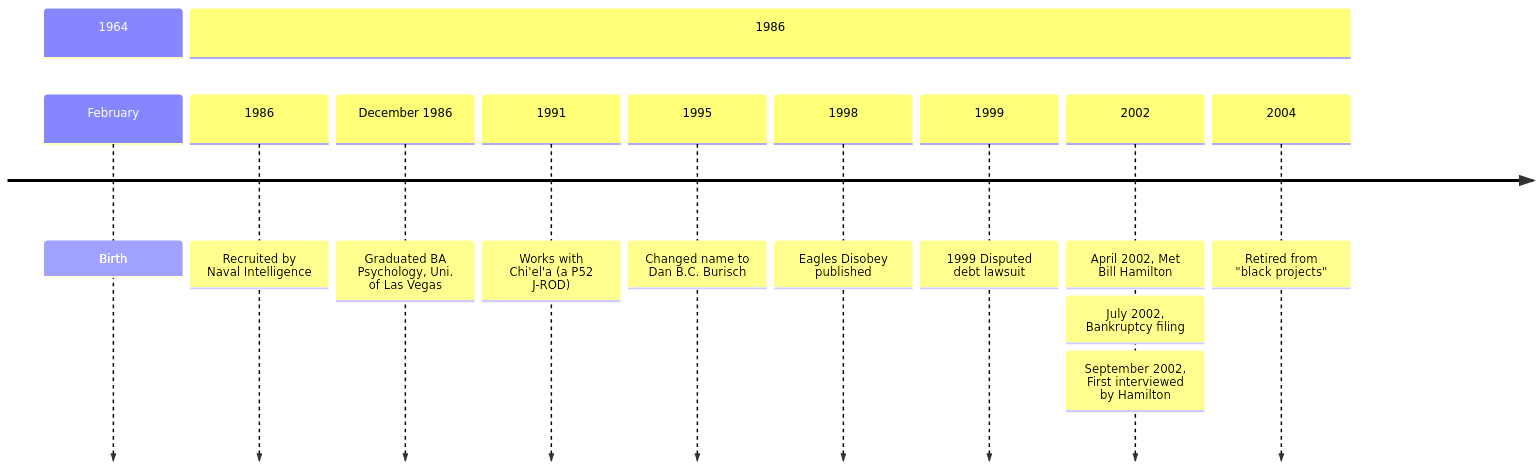
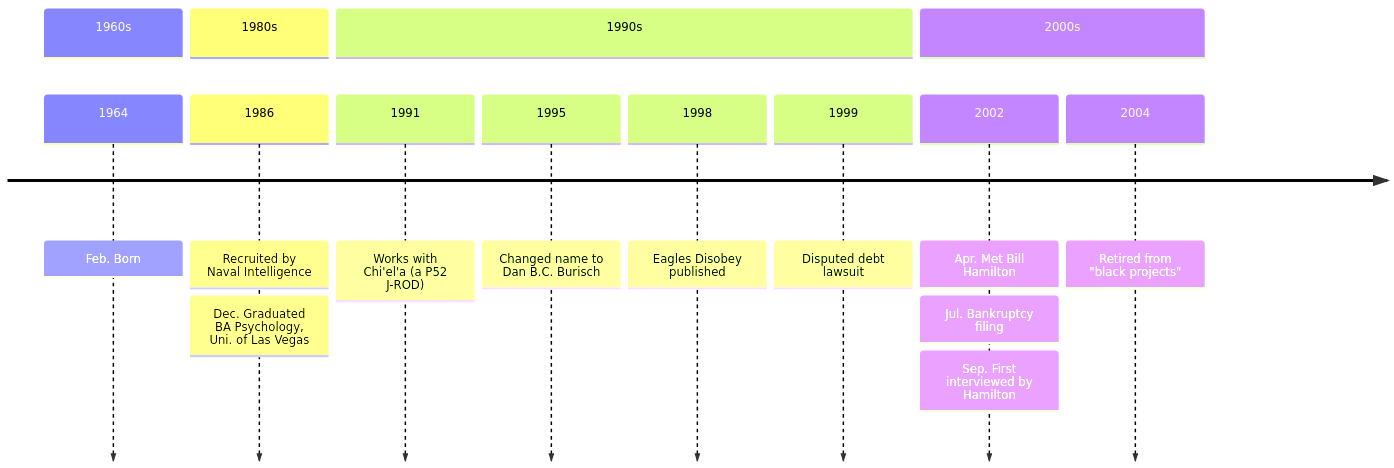
Before and after one commit to Black-Star-Institute/blackstar.github.io: the diagram in docs/people/burisch_dan.md, drawn with Mermaid.

````diff
--- a/docs/people/burisch_dan.md
+++ b/docs/people/burisch_dan.md
@@ -57,16 +57,18 @@
 ```mermaid
 timeline
-    section 1964
-        February : Birth
-    section 1986
+    section 1960s
+        1964 : Feb. Born
+    section 1980s
         1986 : Recruited by Naval Intelligence
-        December 1986 : Graduated BA Psychology, Uni. of Las Vegas
-    1991 : Works with Chi'el'a (a P52 J-ROD)
-    1995 : Changed name to Dan B.C. Burisch
-    1998 : Eagles Disobey published
-    1999 : 1999 Disputed debt lawsuit
-    2002 : April 2002, Met Bill Hamilton
-         : July 2002, Bankruptcy filing
-         : September 2002, First interviewed by Hamilton
-    2004 : Retired from "black projects"
+             : Dec. Graduated BA Psychology, Uni. of Las Vegas
+    section 1990s
+        1991 : Works with Chi'el'a (a P52 J-ROD)
+        1995 : Changed name to Dan B.C. Burisch
+        1998 : Eagles Disobey published
+        1999 : Disputed debt lawsuit
+    section 2000s
+        2002 : Apr. Met Bill Hamilton
+             : Jul. Bankruptcy filing
+             : Sep. First interviewed by Hamilton
+        2004 : Retired from "black projects"
 ```
````
